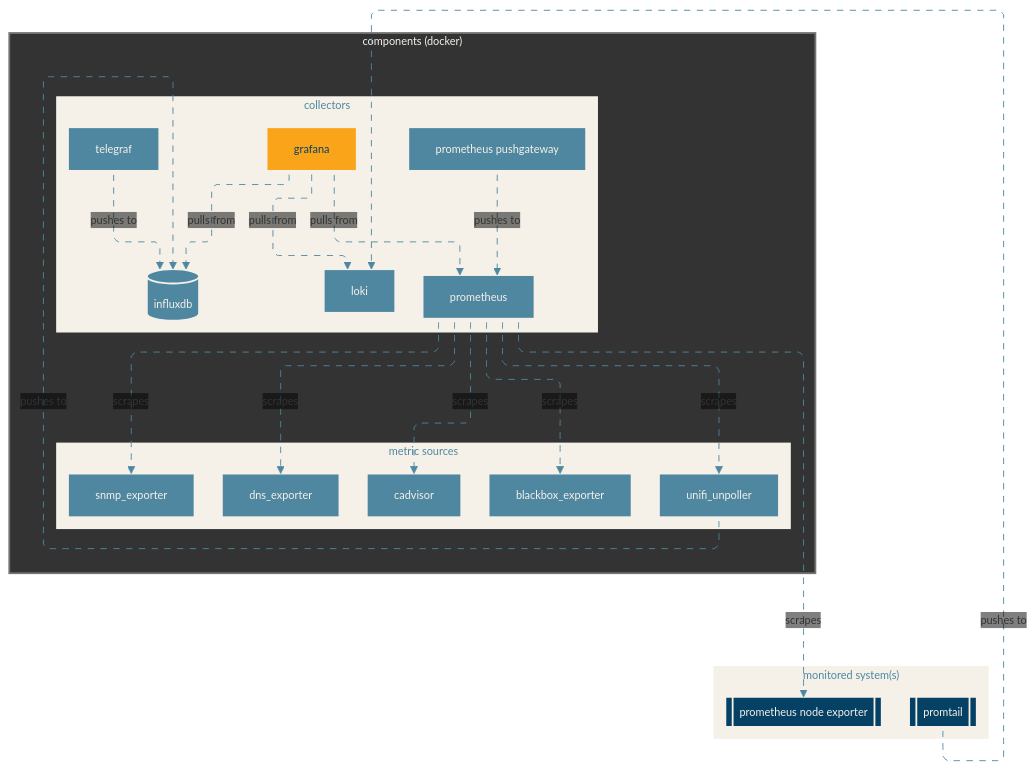
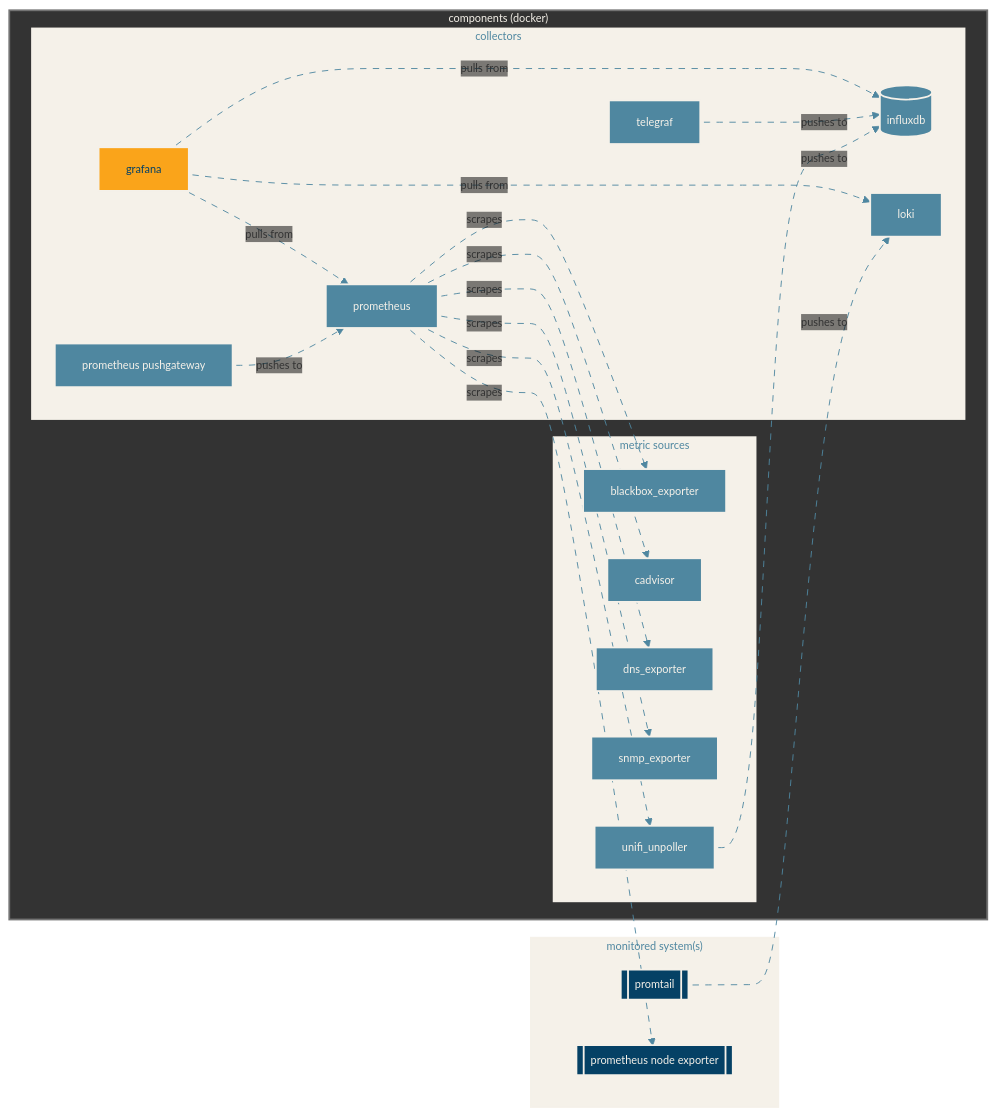
Before and after one commit to jaredmmartin/monitoring: the diagram in README.md, drawn with Mermaid.

Commit message:
Modify flowchart curve and renderer settings
Updated Mermaid flowchart configuration settings.

```diff
--- a/README.md
+++ b/README.md
@@ -8,8 +8,7 @@
 ---
 config:
   flowchart:
-    curve: 'bumpY'
-    defaultRenderer: 'elk'
+    curve: 'bump'
   themeVariables:
     fontFamily: 'monospace'
     fontSize: '12px'
@@ -20,7 +19,7 @@
     secondaryColor: '#054165'
     edgeLabelBackground: 'transparent'
 ---
-flowchart
+flowchart LR
     subgraph components ["components (docker)"]
         %% Monitoring components
         subgraph collectors ["collectors"]
```
